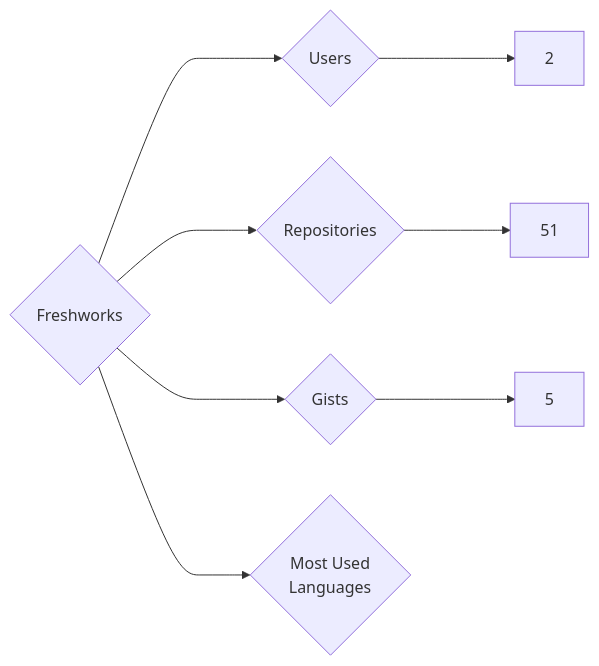
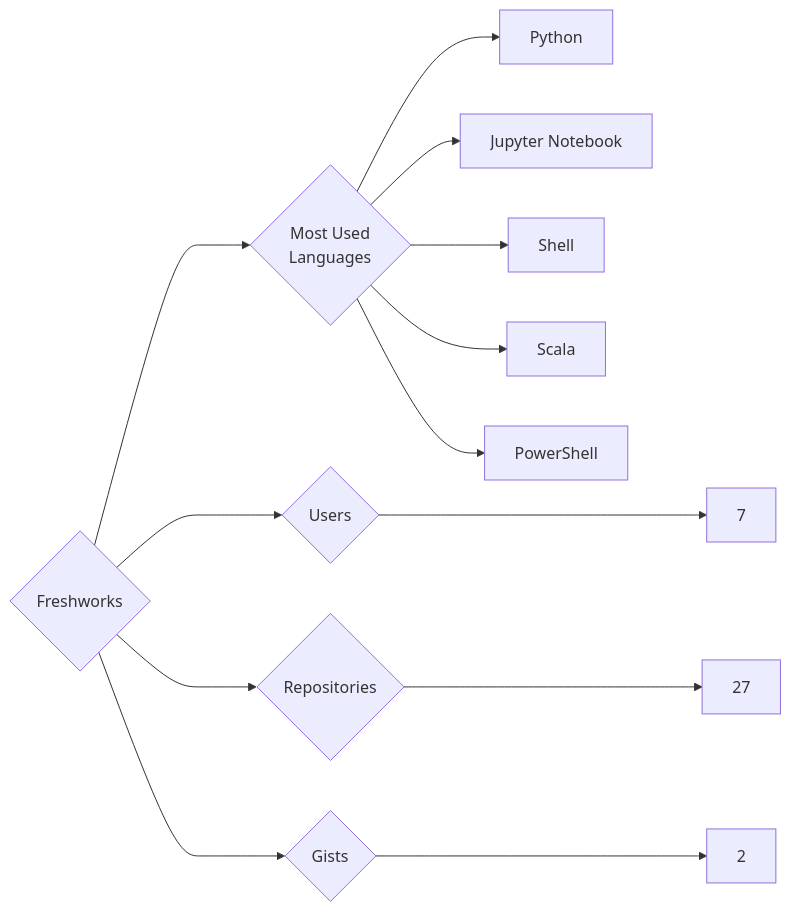
Before and after one commit to trickest/insiders: the diagram in targets/Freshworks/README.md, drawn with Mermaid. The commit also changed 1175 other files, not shown here.

````diff
--- a/targets/Freshworks/README.md
+++ b/targets/Freshworks/README.md
@@ -3,8 +3,13 @@
 ```mermaid
 graph LR
 COMPANY_NAME{Freshworks}
-COMPANY_NAME ---> U{Users} ---> UN[2]
-COMPANY_NAME ---> R{Repositories} ---> RN[51]
-COMPANY_NAME ---> G{Gists} ---> GN[5]
+COMPANY_NAME ---> U{Users} ---> UN[7]
+COMPANY_NAME ---> R{Repositories} ---> RN[27]
+COMPANY_NAME ---> G{Gists} ---> GN[2]
 COMPANY_NAME ---> ML{Most Used<br>Languages}
+ML --> Python[Python]
+ML --> Jupyter_Notebook[Jupyter Notebook]
+ML --> Shell[Shell]
+ML --> Scala[Scala]
+ML --> PowerShell[PowerShell]
 ```
````
